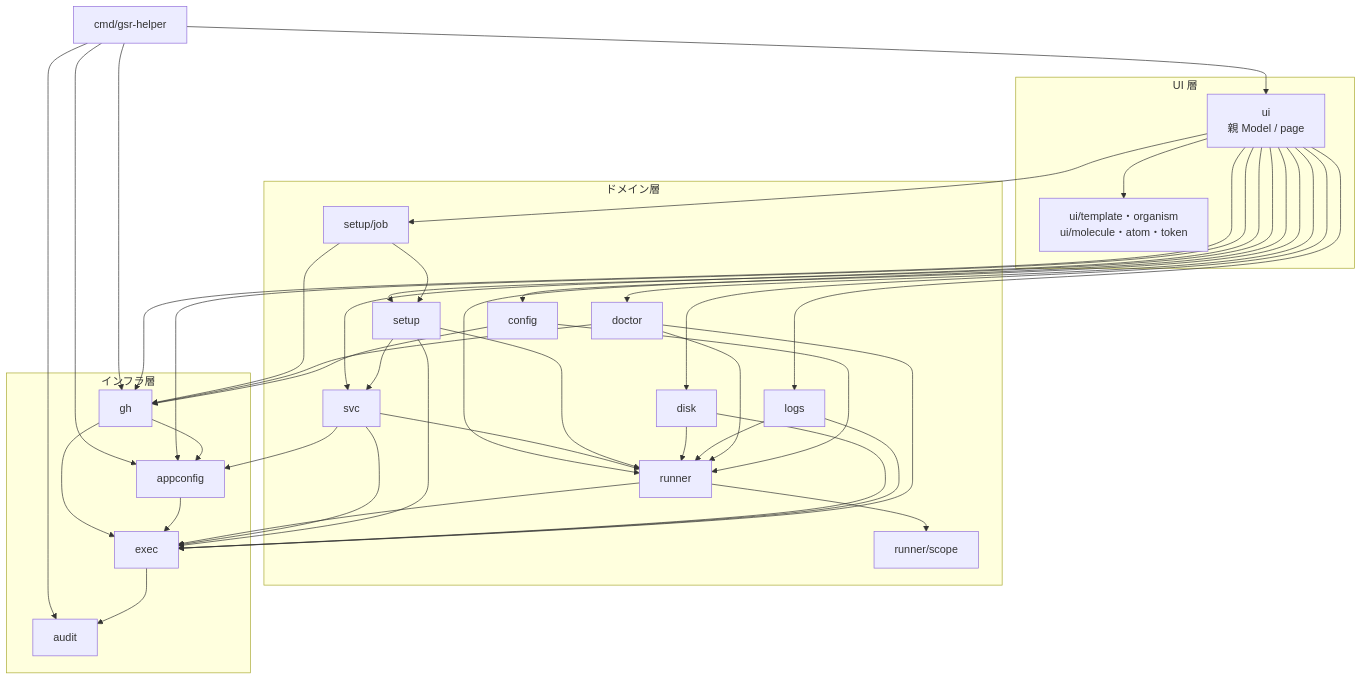
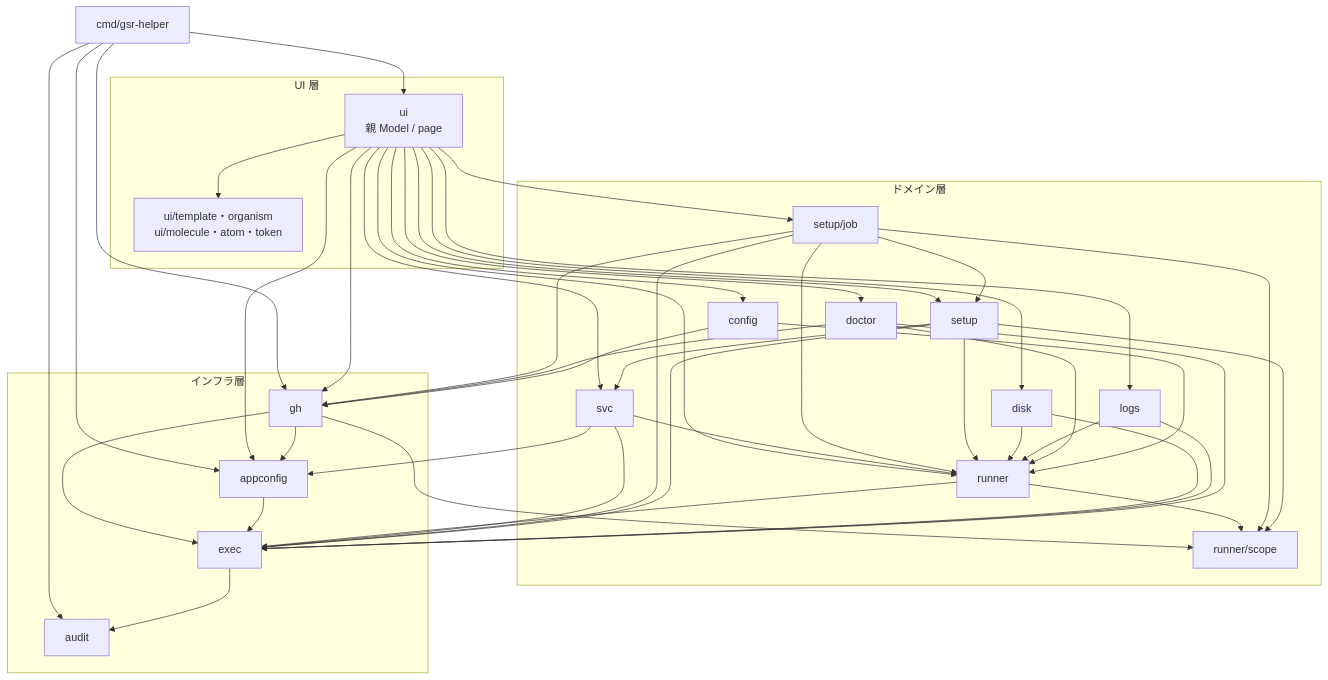
The diagram in docs/components/overview.md (ousiassllc/gsr-helper), drawn with Mermaid before and after one commit. The commit also changed other lines of this file, not shown here.

Commit message:
docs: 依存グラフに実装済みの依存 5 本を追加
setup/job → exec / runner / runner/scope、setup → runner/scope、gh → runner/scope
の 5 辺が実装にあってグラフに無く、依存の規則の突き合わせ先として誤った判断を
招く状態だったため補った。改訂履歴に 1.29 を追加。

````diff
--- a/docs/components/overview.md
+++ b/docs/components/overview.md
@@ -7,71 +7,76 @@
 ```mermaid
 graph TD
     Main[cmd/gsr-helper]
 
     subgraph UI[UI 層]
         UIApp[ui<br/>親 Model / page]
         UIParts[ui/template・organism<br/>ui/molecule・atom・token]
     end
 
     subgraph Domain[ドメイン層]
         Runner[runner]
         RScope[runner/scope]
         Svc[svc]
         Setup[setup]
         SetupJob[setup/job]
         Disk[disk]
         Logs[logs]
         Doctor[doctor]
         Config[config]
     end
 
     subgraph Infra[インフラ層]
         Exec[exec]
         GH[gh]
         Audit[audit]
         Appconf[appconfig]
     end
 
     Main --> UIApp
     Main --> Appconf
     Main --> Audit
     Main --> GH
 
     UIApp --> UIParts
 
     UIApp --> Runner
     UIApp --> Svc
     UIApp --> Setup
     UIApp --> SetupJob
     UIApp --> GH
     UIApp --> Disk
     UIApp --> Logs
     UIApp --> Doctor
     UIApp --> Config
     UIApp --> Appconf
 
     Svc --> Runner
     Svc --> Appconf
+    SetupJob --> Runner
     SetupJob --> Setup
     SetupJob --> GH
     Setup --> Runner
     Setup --> Svc
     Disk --> Runner
     Logs --> Runner
     Doctor --> Runner
     Doctor --> GH
     Config --> Runner
     Config --> GH
 
     Runner --> Exec
     Runner --> RScope
     Svc --> Exec
+    SetupJob --> Exec
+    SetupJob --> RScope
     Setup --> Exec
+    Setup --> RScope
     Disk --> Exec
     Logs --> Exec
     Doctor --> Exec
     GH --> Exec
+    GH --> RScope
     GH --> Appconf
     Appconf --> Exec
     Exec --> Audit
 ```
````
